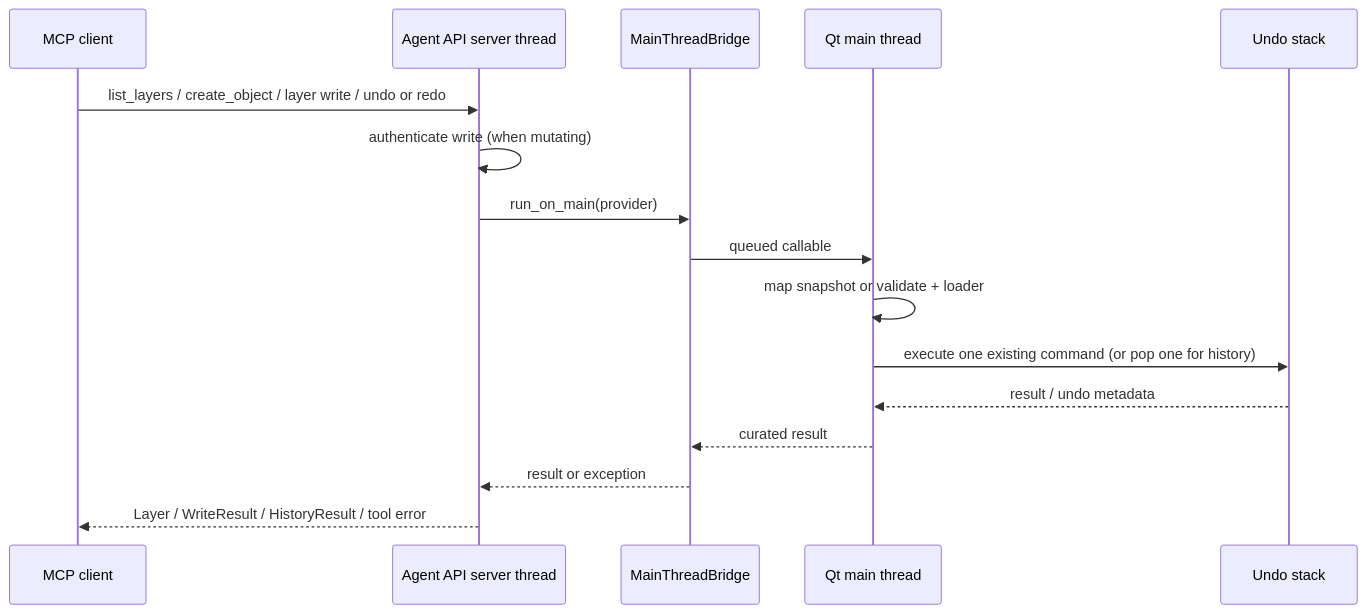
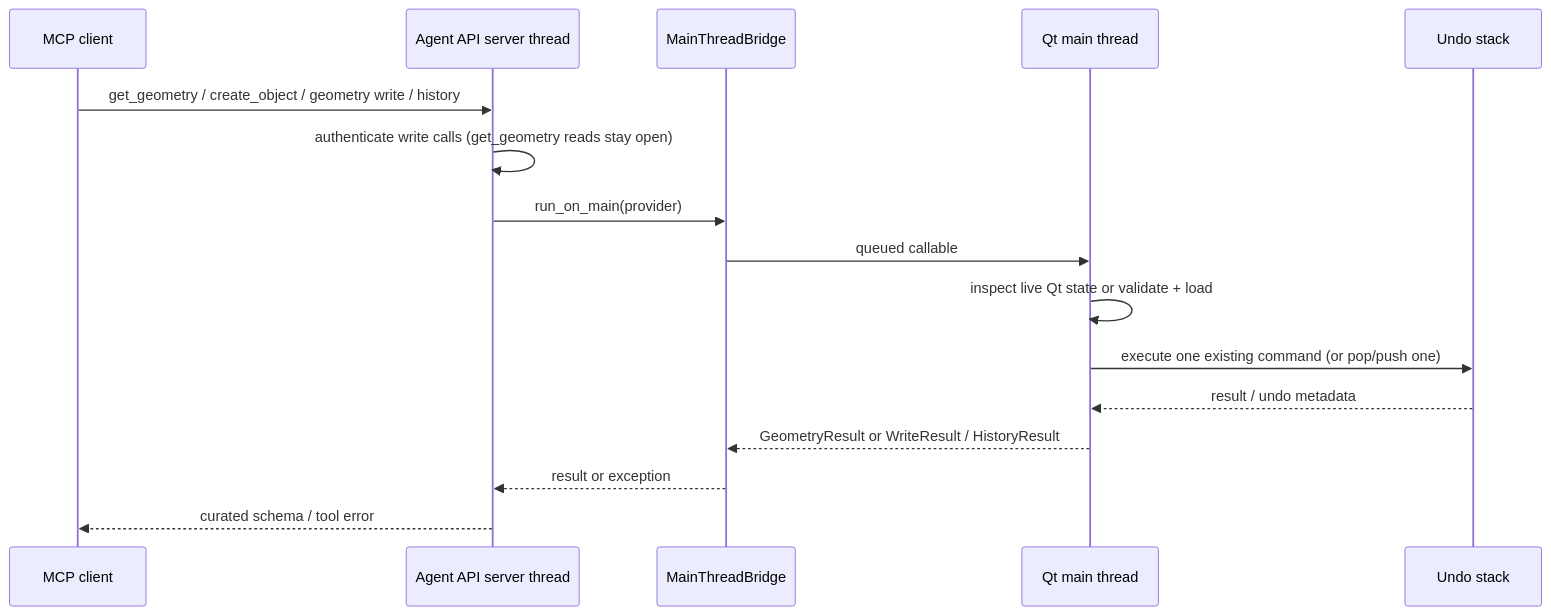
The fifth of 9 diagrams in docs/06-runtime-view/README.md (cofade/open-garden-planner), drawn with Mermaid before and after one commit. The commit also changed other lines of this file and 42 other files, not shown here.

````diff
--- a/docs/06-runtime-view/README.md
+++ b/docs/06-runtime-view/README.md
@@ -137,19 +137,19 @@
 ```mermaid
 sequenceDiagram
     participant A as MCP client
     participant S as Agent API server thread
     participant B as MainThreadBridge
     participant Q as Qt main thread
     participant U as Undo stack
 
-    A->>S: list_layers / create_object / layer write / undo or redo
-    S->>S: authenticate write (when mutating)
+    A->>S: get_geometry / create_object / geometry write / history
+    S->>S: authenticate write calls (get_geometry reads stay open)
     S->>B: run_on_main(provider)
     B->>Q: queued callable
-    Q->>Q: map snapshot or validate + loader
-    Q->>U: execute one existing command (or pop one for history)
+    Q->>Q: inspect live Qt state or validate + load
+    Q->>U: execute one existing command (or pop/push one)
     U-->>Q: result / undo metadata
-    Q-->>B: curated result
+    Q-->>B: GeometryResult or WriteResult / HistoryResult
     B-->>S: result or exception
-    S-->>A: Layer / WriteResult / HistoryResult / tool error
+    S-->>A: curated schema / tool error
 ```
````
